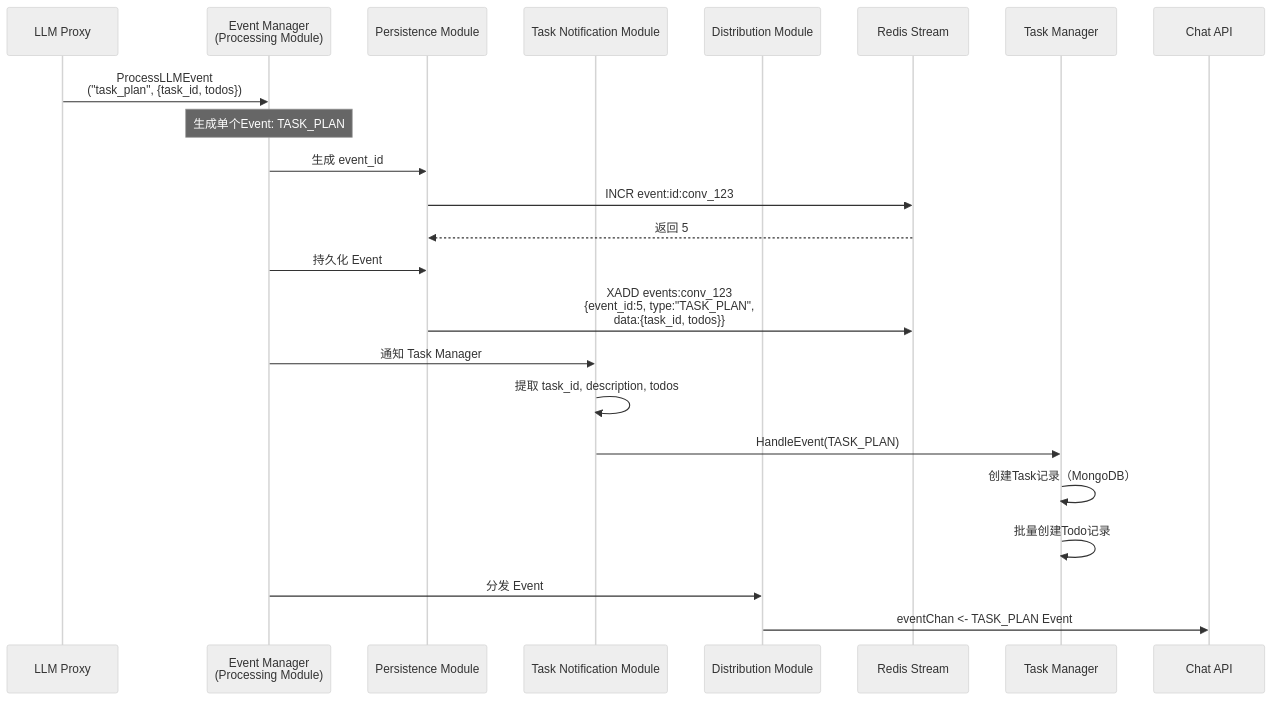
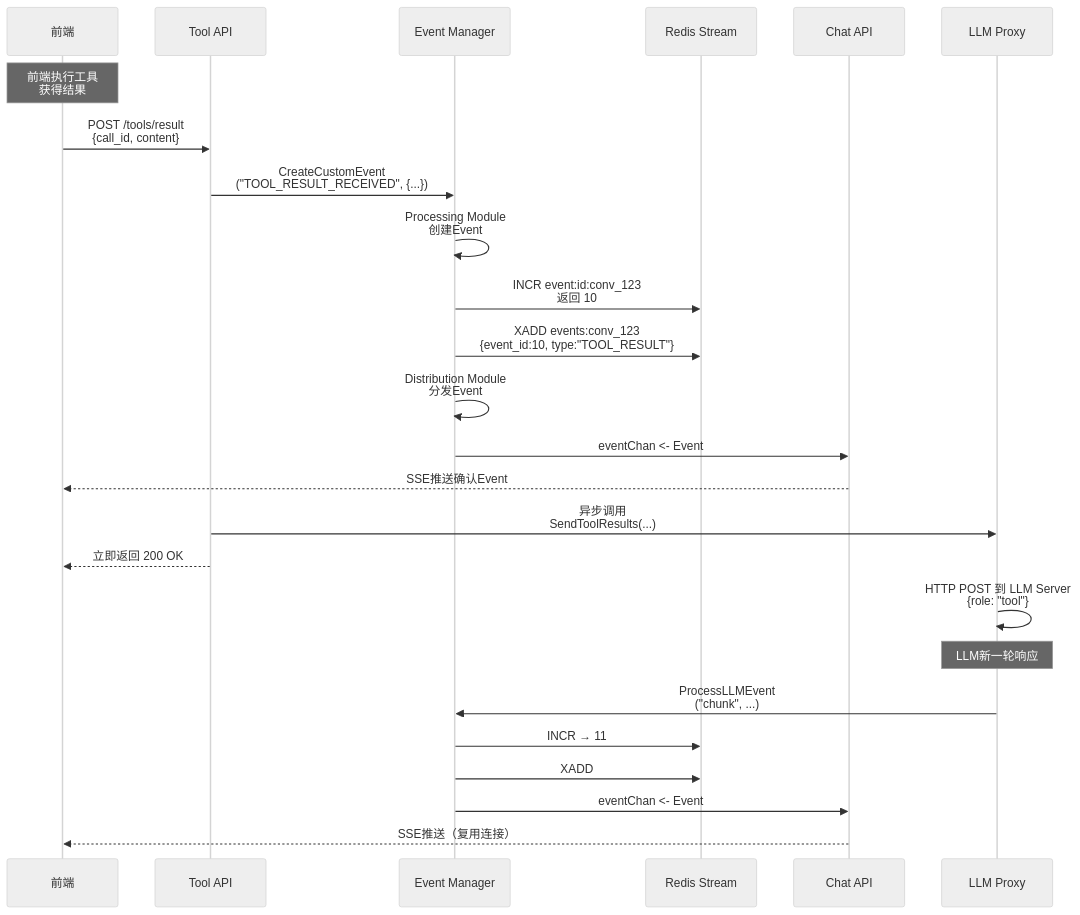
Before and after one commit to yingjianzh/iodraw-files: the diagram in all/未命名-10.md, drawn with Mermaid (neutral theme).

Commit message:
2025-12-23 15:41:39 update

````diff
--- a/all/未命名-10.md
+++ b/all/未命名-10.md
@@ -1,31 +1,36 @@
 ```mermaid
 sequenceDiagram
+    participant FE as 前端
+    participant ToolAPI as Tool API
+    participant EventMgr as Event Manager
+    participant Redis as Redis Stream
+    participant ChatAPI as Chat API
     participant LLMProxy as LLM Proxy
-    participant EventProc as Event Manager<br/>(Processing Module)
-    participant Persist as Persistence Module
-    participant TaskNotif as Task Notification Module
-    participant Distrib as Distribution Module
-    participant Redis as Redis Stream
-    participant TaskMgr as Task Manager
-    participant ChatAPI as Chat API
 
-    LLMProxy->>EventProc: ProcessLLMEvent<br/>("task_plan", {task_id, todos})
+    Note over FE: 前端执行工具<br/>获得结果
 
-    Note over EventProc: 生成单个Event: TASK_PLAN
+    FE->>ToolAPI: POST /tools/result<br/>{call_id, content}
     
-    EventProc->>Persist: 生成 event_id
-    Persist->>Redis: INCR event:id:conv_123
-    Redis-->>Persist: 返回 5
+    ToolAPI->>EventMgr: CreateCustomEvent<br/>("TOOL_RESULT_RECEIVED", {...})
     
-    EventProc->>Persist: 持久化 Event
-    Persist->>Redis: XADD events:conv_123<br/>{event_id:5, type:"TASK_PLAN",<br/>data:{task_id, todos}}
+    EventMgr->>EventMgr: Processing Module<br/>创建Event
+    EventMgr->>Redis: INCR event:id:conv_123<br/>返回 10
+    EventMgr->>Redis: XADD events:conv_123<br/>{event_id:10, type:"TOOL_RESULT"}
     
-    EventProc->>TaskNotif: 通知 Task Manager
-    TaskNotif->>TaskNotif: 提取 task_id, description, todos
-    TaskNotif->>TaskMgr: HandleEvent(TASK_PLAN)
-    TaskMgr->>TaskMgr: 创建Task记录（MongoDB）
-    TaskMgr->>TaskMgr: 批量创建Todo记录
+    EventMgr->>EventMgr: Distribution Module<br/>分发Event
+    EventMgr->>ChatAPI: eventChan <- Event
+    ChatAPI-->>FE: SSE推送确认Event
     
-    EventProc->>Distrib: 分发 Event
-    Distrib->>ChatAPI: eventChan <- TASK_PLAN Event
+    ToolAPI->>LLMProxy: 异步调用<br/>SendToolResults(...)
+    ToolAPI-->>FE: 立即返回 200 OK
+    
+    LLMProxy->>LLMProxy: HTTP POST 到 LLM Server<br/>{role: "tool"}
+    
+    Note over LLMProxy: LLM新一轮响应
+    
+    LLMProxy->>EventMgr: ProcessLLMEvent<br/>("chunk", ...)
+    EventMgr->>Redis: INCR → 11
+    EventMgr->>Redis: XADD
+    EventMgr->>ChatAPI: eventChan <- Event
+    ChatAPI-->>FE: SSE推送（复用连接）
 ```
````
